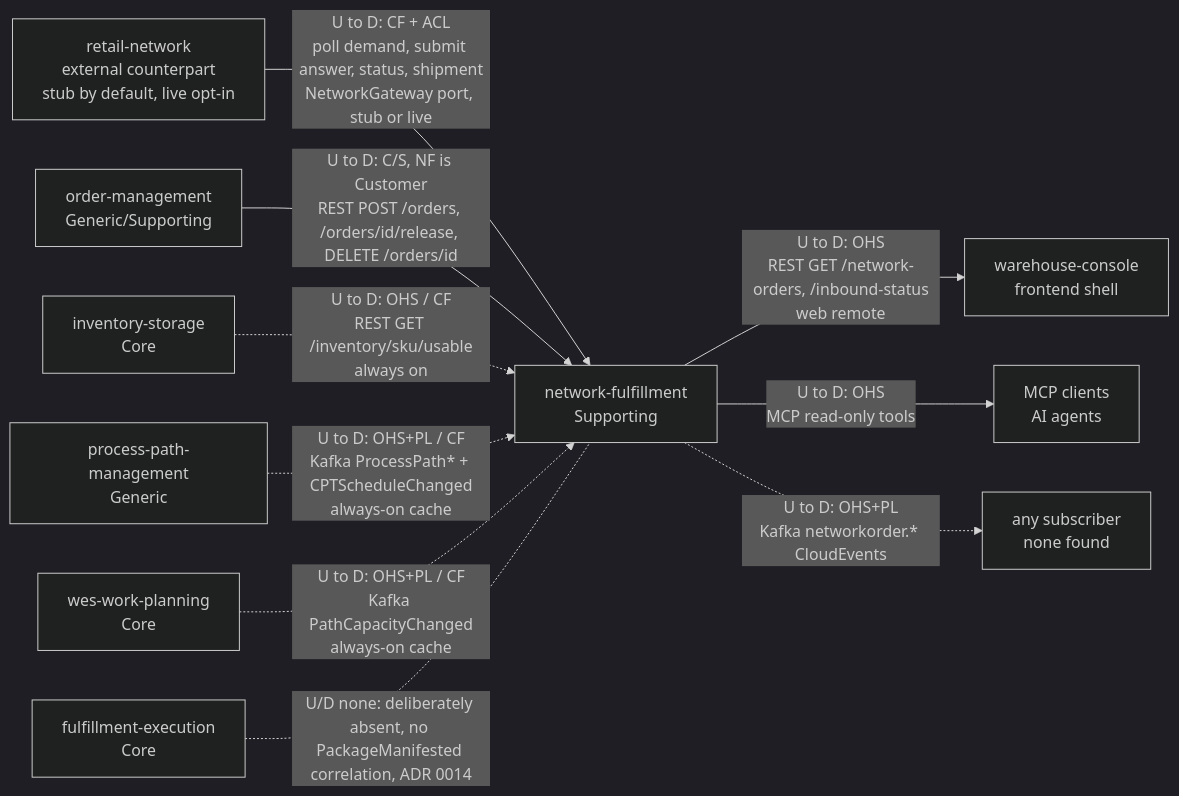
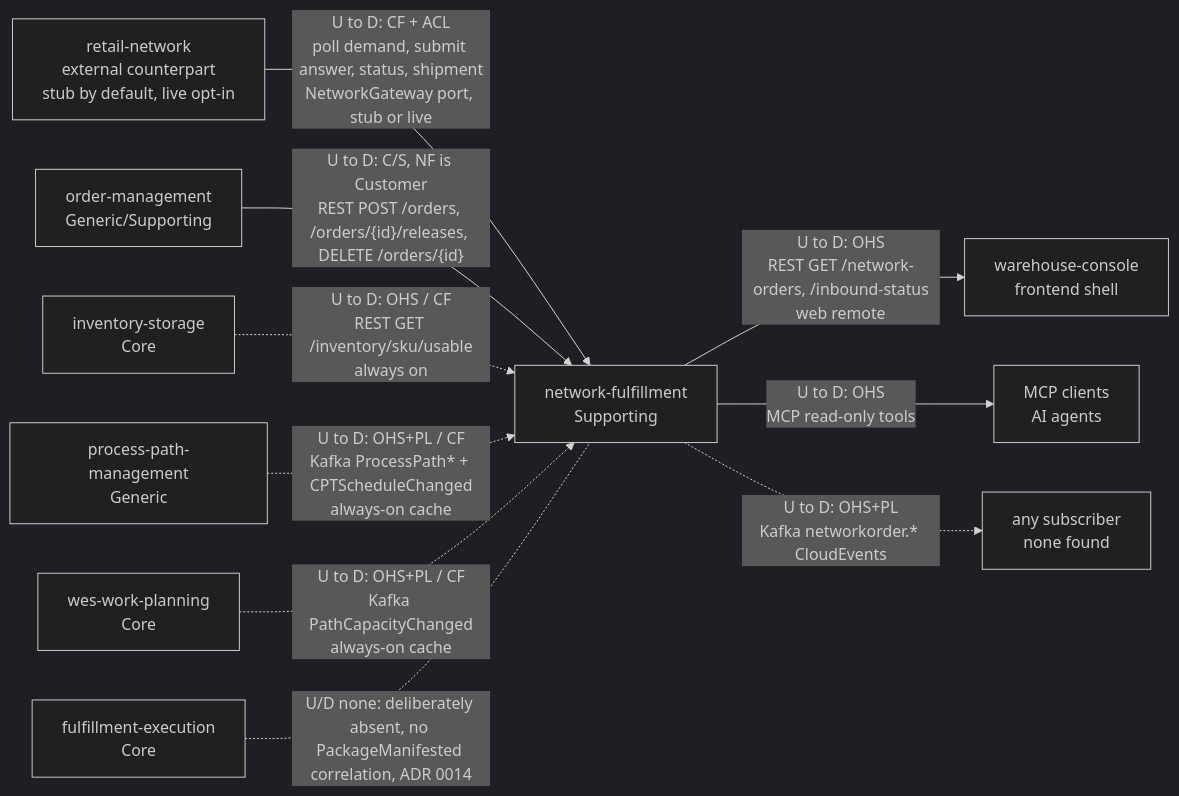
The diagram in docs/contexts/network-fulfillment/context-map.md (IQVO/warehouse-docs), drawn with Mermaid (dark theme) before and after one commit. The commit also changed 42 other files, not shown here.

````diff
--- a/docs/contexts/network-fulfillment/context-map.md
+++ b/docs/contexts/network-fulfillment/context-map.md
@@ -19,23 +19,23 @@
 ```mermaid
 flowchart LR
     RN["retail-network<br/>external counterpart<br/>stub by default, live opt-in"]
     NF["network-fulfillment<br/>Supporting"]
     OM["order-management<br/>Generic/Supporting"]
     INV["inventory-storage<br/>Core"]
     PPM["process-path-management<br/>Generic"]
     WWP["wes-work-planning<br/>Core"]
     FE["fulfillment-execution<br/>Core"]
     CON["warehouse-console<br/>frontend shell"]
     AGT["MCP clients<br/>AI agents"]
     SUB["any subscriber<br/>none found"]
 
     RN -->|"U to D: CF + ACL<br/>poll demand, submit answer, status, shipment<br/>NetworkGateway port, stub or live"| NF
-    OM -->|"U to D: C/S, NF is Customer<br/>REST POST /orders, /orders/id/release, DELETE /orders/id"| NF
+    OM -->|"U to D: C/S, NF is Customer<br/>REST POST /orders, /orders/{id}/releases, DELETE /orders/{id}"| NF
     INV -.->|"U to D: OHS / CF<br/>REST GET /inventory/sku/usable<br/>always on"| NF
     PPM -.->|"U to D: OHS+PL / CF<br/>Kafka ProcessPath* + CPTScheduleChanged<br/>always-on cache"| NF
     WWP -.->|"U to D: OHS+PL / CF<br/>Kafka PathCapacityChanged<br/>always-on cache"| NF
     NF -->|"U to D: OHS<br/>REST GET /network-orders, /inbound-status<br/>web remote"| CON
     NF -->|"U to D: OHS<br/>MCP read-only tools"| AGT
     NF -.->|"U to D: OHS+PL<br/>Kafka networkorder.* CloudEvents"| SUB
     FE -. "U/D none: deliberately absent, no PackageManifested correlation, ADR 0014" .- NF
 ```
````
